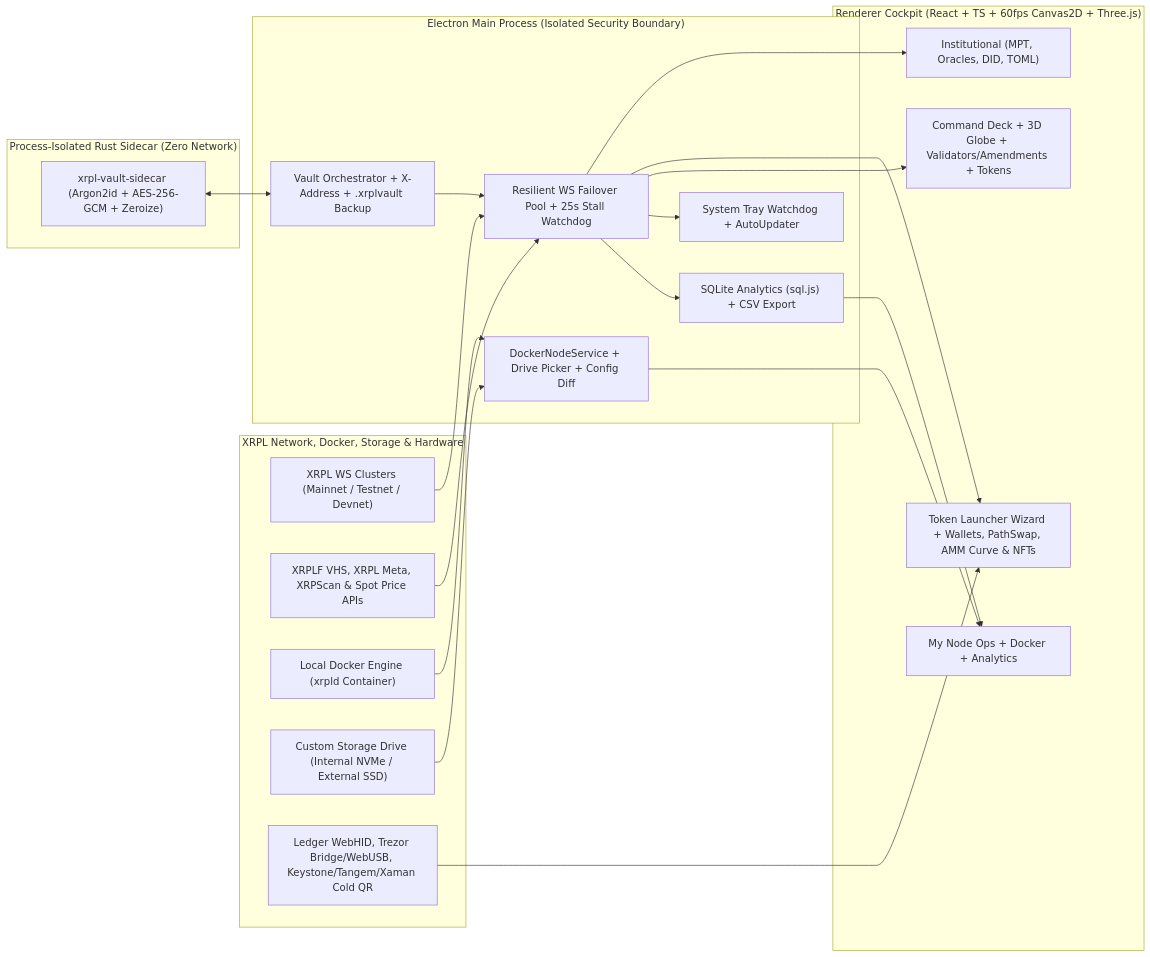
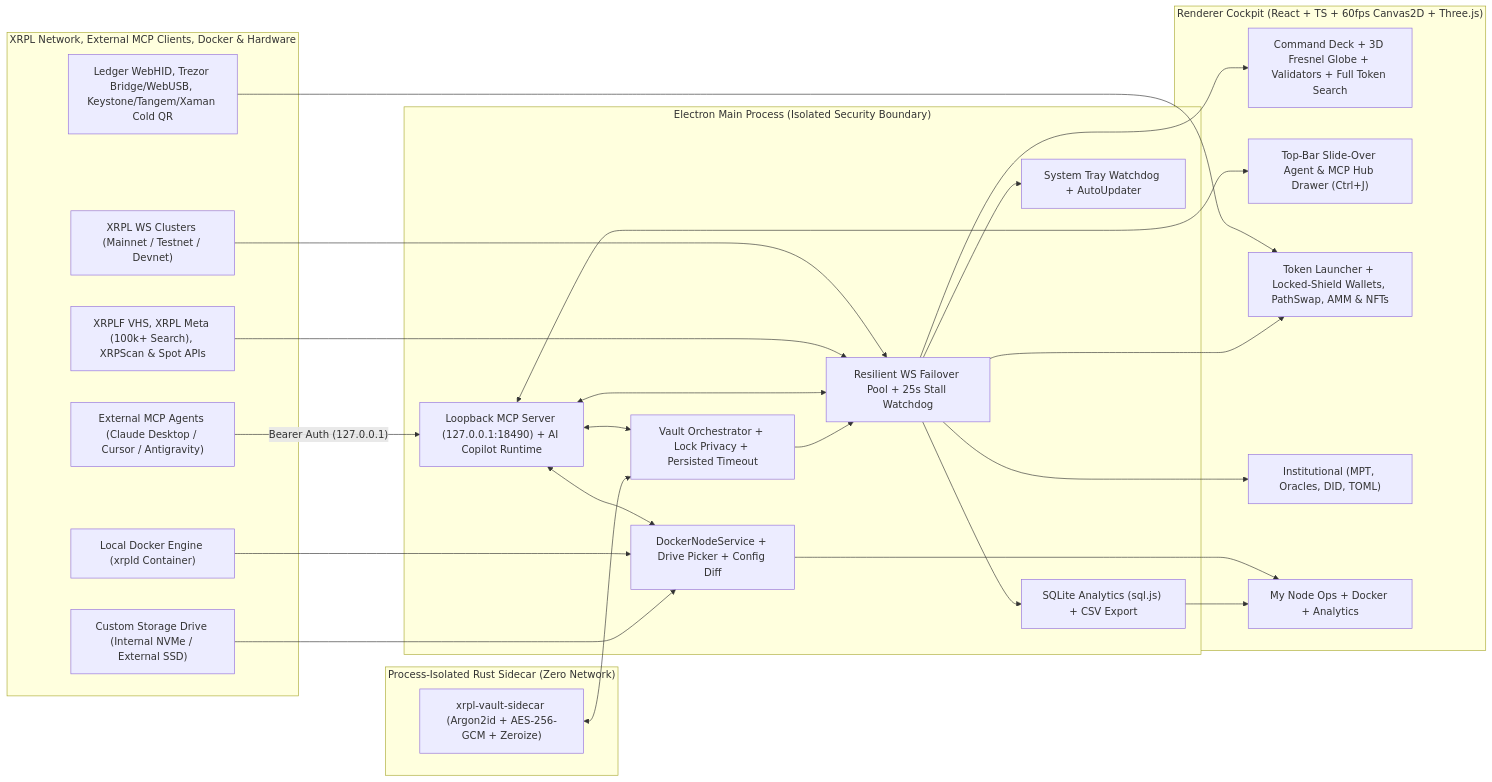
Before and after one commit to petebiggam357/xrpl-command-center: the diagram in README.md, drawn with Mermaid. The commit also changed other lines of this file and 23 other files, not shown here.

Commit message:
feat: release v0.3.0-beta (Agentic MCP Server & Top HUD Co-Pilot Drawer, Strict Vault Privacy Curtain + Lock Timeout, Next-Gen 3D Globe, Universal On-Ledger Token Discovery)

````diff
--- a/README.md
+++ b/README.md
@@ -72,44 +73,52 @@
 ```mermaid
 flowchart LR
-  subgraph EXT["XRPL Network, Docker, Storage & Hardware"]
+  subgraph EXT["XRPL Network, External MCP Clients, Docker & Hardware"]
     PUB["XRPL WS Clusters (Mainnet / Testnet / Devnet)"]
-    VHS["XRPLF VHS, XRPL Meta, XRPScan & Spot Price APIs"]
+    VHS["XRPLF VHS, XRPL Meta (100k+ Search), XRPScan & Spot APIs"]
+    MCPCLI["External MCP Agents (Claude Desktop / Cursor / Antigravity)"]
     DOCKER["Local Docker Engine (xrpld Container)"]
     DRIVE["Custom Storage Drive (Internal NVMe / External SSD)"]
     HW["Ledger WebHID, Trezor Bridge/WebUSB, Keystone/Tangem/Xaman Cold QR"]
   end
 
   subgraph RUST["Process-Isolated Rust Sidecar (Zero Network)"]
     RV["xrpl-vault-sidecar (Argon2id + AES-256-GCM + Zeroize)"]
   end
 
   subgraph MAIN["Electron Main Process (Isolated Security Boundary)"]
     STREAM["Resilient WS Failover Pool + 25s Stall Watchdog"]
-    VAULT["Vault Orchestrator + X-Address + .xrplvault Backup"]
+    MCP["Loopback MCP Server (127.0.0.1:18490) + AI Copilot Runtime"]
+    VAULT["Vault Orchestrator + Lock Privacy + Persisted Timeout"]
     DOCKSVC["DockerNodeService + Drive Picker + Config Diff"]
     SQL["SQLite Analytics (sql.js) + CSV Export"]
     TRAY["System Tray Watchdog + AutoUpdater"]
   end
 
   subgraph UI["Renderer Cockpit (React + TS + 60fps Canvas2D + Three.js)"]
-    DECK["Command Deck + 3D Globe + Validators/Amendments + Tokens"]
-    WALLET["Token Launcher Wizard + Wallets, PathSwap, AMM Curve & NFTs"]
+    DECK["Command Deck + 3D Fresnel Globe + Validators + Full Token Search"]
+    AGENT["Top-Bar Slide-Over Agent & MCP Hub Drawer (Ctrl+J)"]
+    WALLET["Token Launcher + Locked-Shield Wallets, PathSwap, AMM & NFTs"]
     PRIM["Institutional (MPT, Oracles, DID, TOML)"]
     NODE["My Node Ops + Docker + Analytics"]
   end
 
   PUB --> STREAM
   VHS --> STREAM
+  MCPCLI -- "Bearer Auth (127.0.0.1)" --> MCP
+  MCP <--> STREAM
+  MCP <--> VAULT
+  MCP <--> DOCKSVC
+  MCP <--> AGENT
   DOCKER --> DOCKSVC
   DRIVE --> DOCKSVC
   HW --> WALLET
   RV <--> VAULT
   STREAM --> SQL
   STREAM --> TRAY
   VAULT --> STREAM
   STREAM --> DECK
   STREAM --> WALLET
   STREAM --> PRIM
   DOCKSVC --> NODE
   SQL --> NODE
 ```
````
